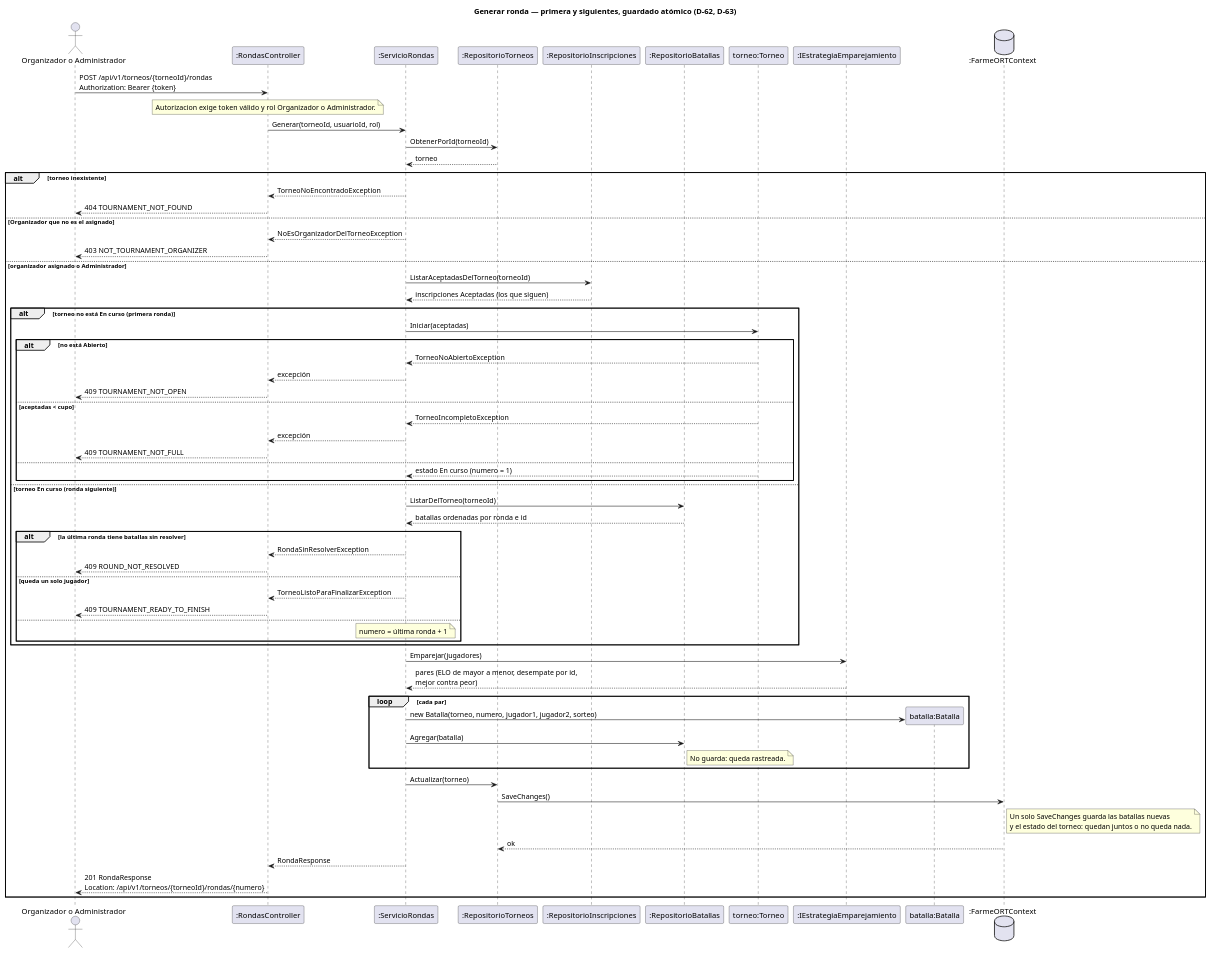
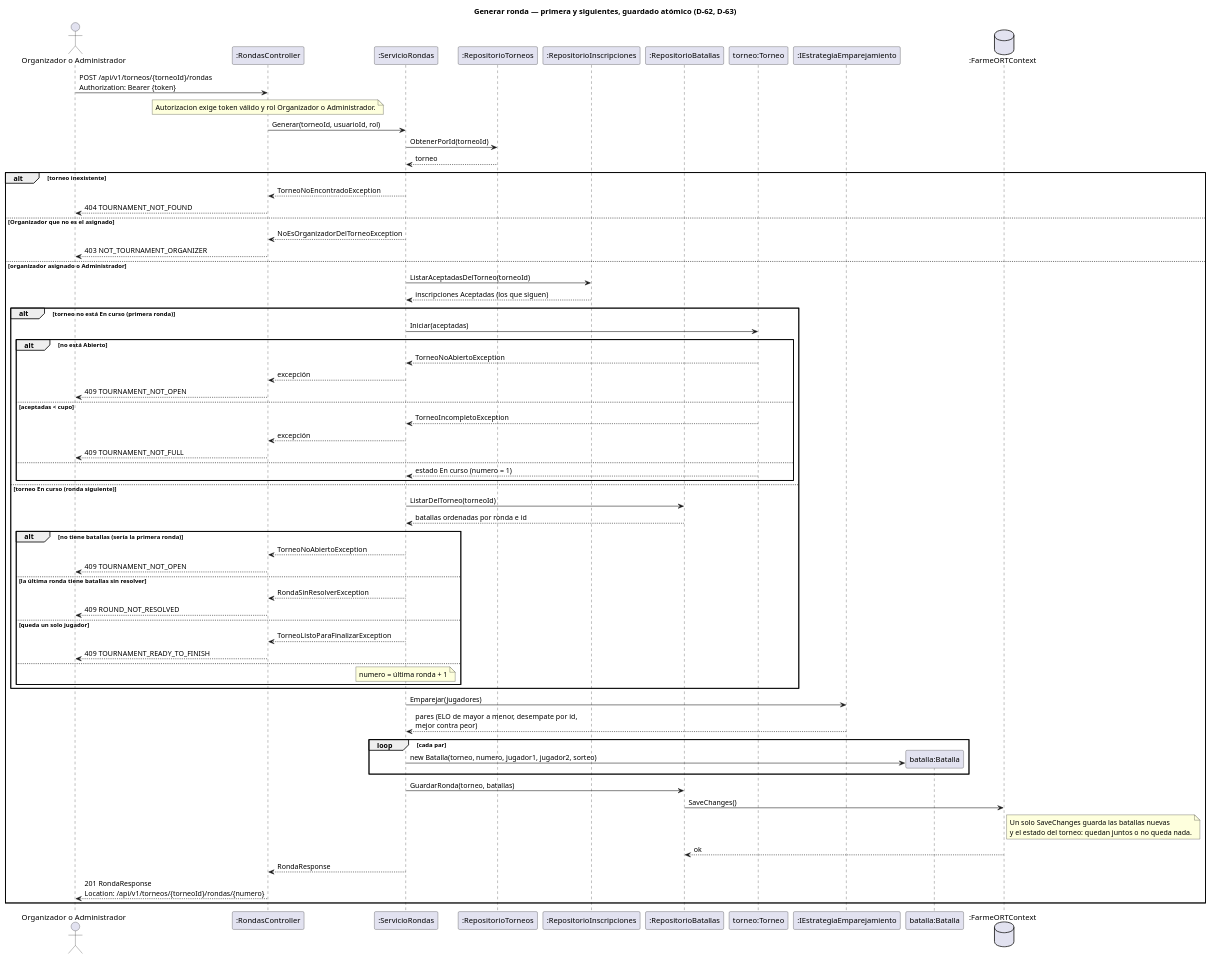
Before and after one commit to Seba0512/FarmeORT: the diagram in docs/uml/generar-ronda.puml, drawn with PlantUML. The commit also changed 3 other files, not shown here.

Commit message:
docs (docs/): actualiza rondas, D-62, D-63 y UML según la review del PR #25

```diff
--- a/docs/uml/generar-ronda.puml
+++ b/docs/uml/generar-ronda.puml
@@ -1,71 +1,72 @@
 @startuml
 title Generar ronda — primera y siguientes, guardado atómico (D-62, D-63)
 actor "Organizador o Administrador" as U
 participant ":RondasController" as C
 participant ":ServicioRondas" as S
 participant ":RepositorioTorneos" as RT
 participant ":RepositorioInscripciones" as RI
 participant ":RepositorioBatallas" as RB
 participant "torneo:Torneo" as T
 participant ":IEstrategiaEmparejamiento" as E
 participant "batalla:Batalla" as B
 database ":FarmeORTContext" as Ctx
 
 U -> C : POST /api/v1/torneos/{torneoId}/rondas\nAuthorization: Bearer {token}
 note over C : Autorizacion exige token válido y rol Organizador o Administrador.
 C -> S : Generar(torneoId, usuarioId, rol)
 S -> RT : ObtenerPorId(torneoId)
 RT --> S : torneo
 alt torneo inexistente
   S --> C : TorneoNoEncontradoException
   C --> U : 404 TOURNAMENT_NOT_FOUND
 else Organizador que no es el asignado
   S --> C : NoEsOrganizadorDelTorneoException
   C --> U : 403 NOT_TOURNAMENT_ORGANIZER
 else organizador asignado o Administrador
   S -> RI : ListarAceptadasDelTorneo(torneoId)
   RI --> S : inscripciones Aceptadas (los que siguen)
   alt torneo no está En curso (primera ronda)
     S -> T : Iniciar(aceptadas)
     alt no está Abierto
       T --> S : TorneoNoAbiertoException
       S --> C : excepción
       C --> U : 409 TOURNAMENT_NOT_OPEN
     else aceptadas < cupo
       T --> S : TorneoIncompletoException
       S --> C : excepción
       C --> U : 409 TOURNAMENT_NOT_FULL
     else
       T --> S : estado En curso (numero = 1)
     end
   else torneo En curso (ronda siguiente)
     S -> RB : ListarDelTorneo(torneoId)
     RB --> S : batallas ordenadas por ronda e id
-    alt la última ronda tiene batallas sin resolver
+    alt no tiene batallas (sería la primera ronda)
+      S --> C : TorneoNoAbiertoException
+      C --> U : 409 TOURNAMENT_NOT_OPEN
+    else la última ronda tiene batallas sin resolver
       S --> C : RondaSinResolverException
       C --> U : 409 ROUND_NOT_RESOLVED
     else queda un solo jugador
       S --> C : TorneoListoParaFinalizarException
       C --> U : 409 TOURNAMENT_READY_TO_FINISH
     else
       note over S : numero = última ronda + 1
     end
   end
   S -> E : Emparejar(jugadores)
   E --> S : pares (ELO de mayor a menor, desempate por id,\nmejor contra peor)
   loop cada par
     S -> B ** : new Batalla(torneo, numero, jugador1, jugador2, sorteo)
-    S -> RB : Agregar(batalla)
-    note right of RB : No guarda: queda rastreada.
   end
-  S -> RT : Actualizar(torneo)
-  RT -> Ctx : SaveChanges()
+  S -> RB : GuardarRonda(torneo, batallas)
+  RB -> Ctx : SaveChanges()
   note right of Ctx
     Un solo SaveChanges guarda las batallas nuevas
     y el estado del torneo: quedan juntos o no queda nada.
   end note
-  Ctx --> RT : ok
+  Ctx --> RB : ok
   S --> C : RondaResponse
   C --> U : 201 RondaResponse\nLocation: /api/v1/torneos/{torneoId}/rondas/{numero}
 end
 @enduml
```
